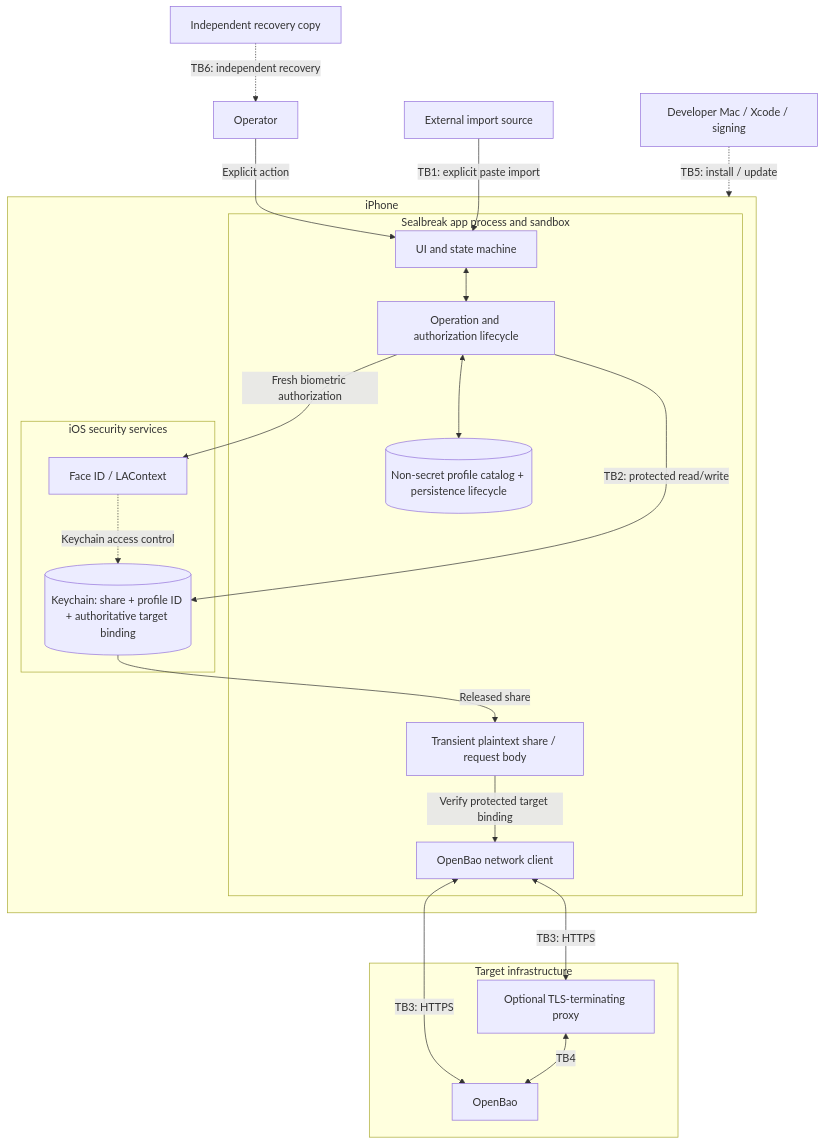
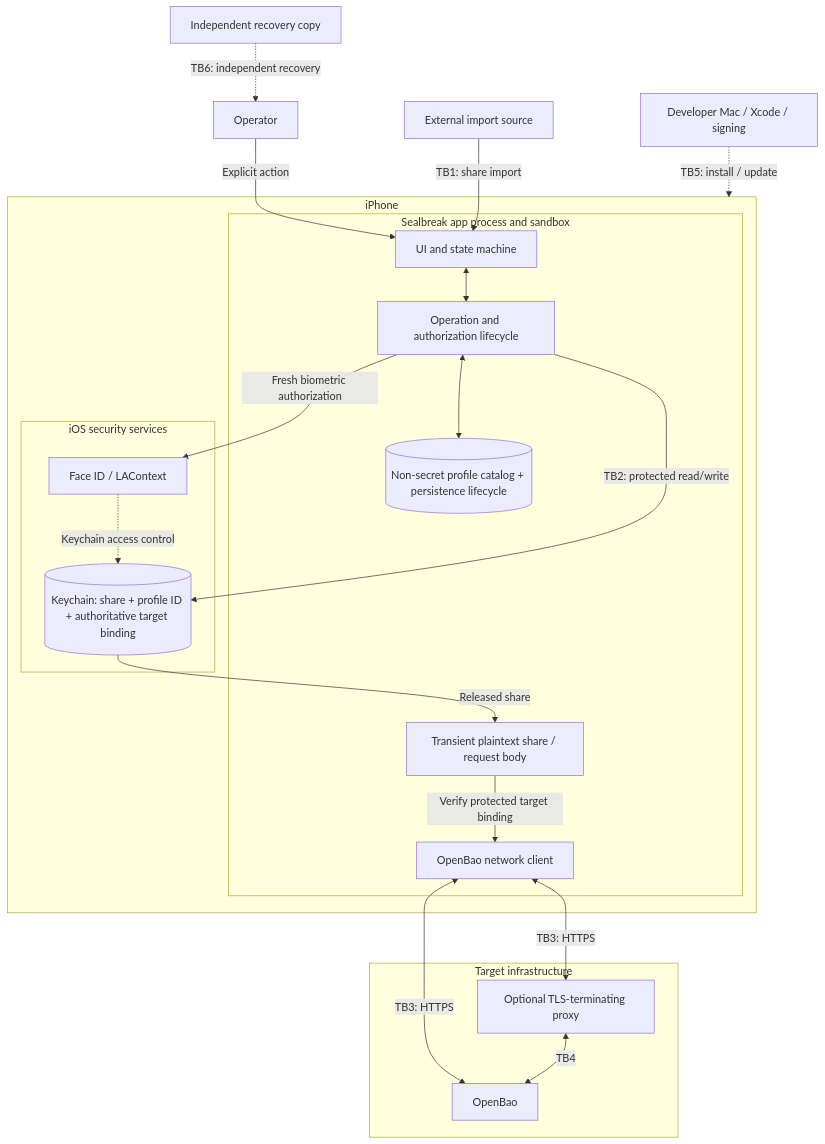
Before and after one commit to GeorgesAlkhouri/sealbreak: the first of 2 diagrams in THREAT_MODEL.md, drawn with Mermaid. The commit also changed other lines of this file, not shown here.

````diff
--- a/THREAT_MODEL.md
+++ b/THREAT_MODEL.md
@@ -58,45 +58,45 @@
 ```mermaid
 flowchart TB
     OP["Operator"]
     IMPORT["External import source"]
     REC["Independent recovery copy"]
     BUILD["Developer Mac / Xcode / signing"]
 
     subgraph PHONE["iPhone"]
         subgraph APP["Sealbreak app process and sandbox"]
             UI["UI and state machine"]
             MODEL["Operation and authorization lifecycle"]
             DISPLAY[("Non-secret profile catalog + persistence lifecycle")]
             MEM["Transient plaintext share / request body"]
             NET["OpenBao network client"]
         end
 
         subgraph IOS["iOS security services"]
             AUTH["Face ID / LAContext"]
             KC[("Keychain: share + profile ID + authoritative target binding")]
         end
     end
 
     subgraph TARGET["Target infrastructure"]
         PROXY["Optional TLS-terminating proxy"]
         BAO["OpenBao"]
     end
 
     OP -->|"Explicit action"| UI
-    IMPORT -->|"TB1: explicit paste import"| UI
+    IMPORT -->|"TB1: share import"| UI
     BUILD -.->|"TB5: install / update"| APP
 
     UI <--> MODEL
     MODEL <--> DISPLAY
     MODEL -->|"Fresh biometric authorization"| AUTH
     AUTH -.->|"Keychain access control"| KC
     MODEL -->|"TB2: protected read/write"| KC
     KC -->|"Released share"| MEM
     MEM -->|"Verify protected target binding"| NET
 
     NET <-->|"TB3: HTTPS"| BAO
     NET <-->|"TB3: HTTPS"| PROXY
     PROXY <-->|"TB4"| BAO
 
     REC -.->|"TB6: independent recovery"| OP
 ```
````
